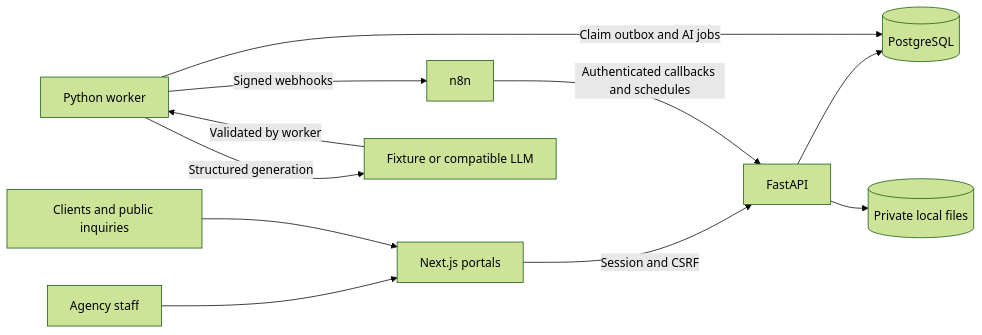
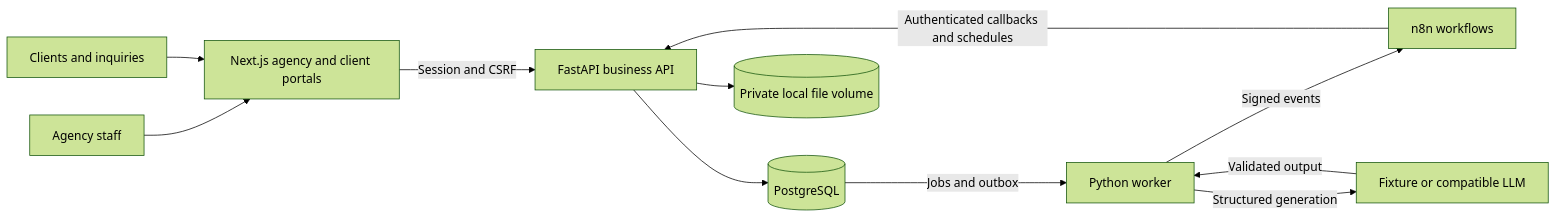
The diagram in README.md (bayutamawib/creativeOS), drawn with Mermaid (forest theme) before and after one commit. The commit also changed other lines of this file and 115 other files, not shown here.

````diff
--- a/README.md
+++ b/README.md
@@ -26,13 +55,13 @@
 ```mermaid
 flowchart LR
-    Agency[Agency staff] --> Web[Next.js portals]
-    Client[Clients and public inquiries] --> Web
-    Web -->|Session and CSRF| API[FastAPI]
+    Agency[Agency staff] --> Web[Next.js agency and client portals]
+    Client[Clients and inquiries] --> Web
+    Web -->|Session and CSRF| API[FastAPI business API]
     API --> DB[(PostgreSQL)]
-    API --> Files[(Private local files)]
-    Worker[Python worker] -->|Claim outbox and AI jobs| DB
-    Worker -->|Signed webhooks| N8N[n8n]
+    API --> Files[(Private local file volume)]
+    DB -->|Jobs and outbox| Worker[Python worker]
+    Worker -->|Signed events| N8N[n8n workflows]
     N8N -->|Authenticated callbacks and schedules| API
     Worker -->|Structured generation| AI[Fixture or compatible LLM]
-    AI -->|Validated by worker| Worker
+    AI -->|Validated output| Worker
 ```
````
